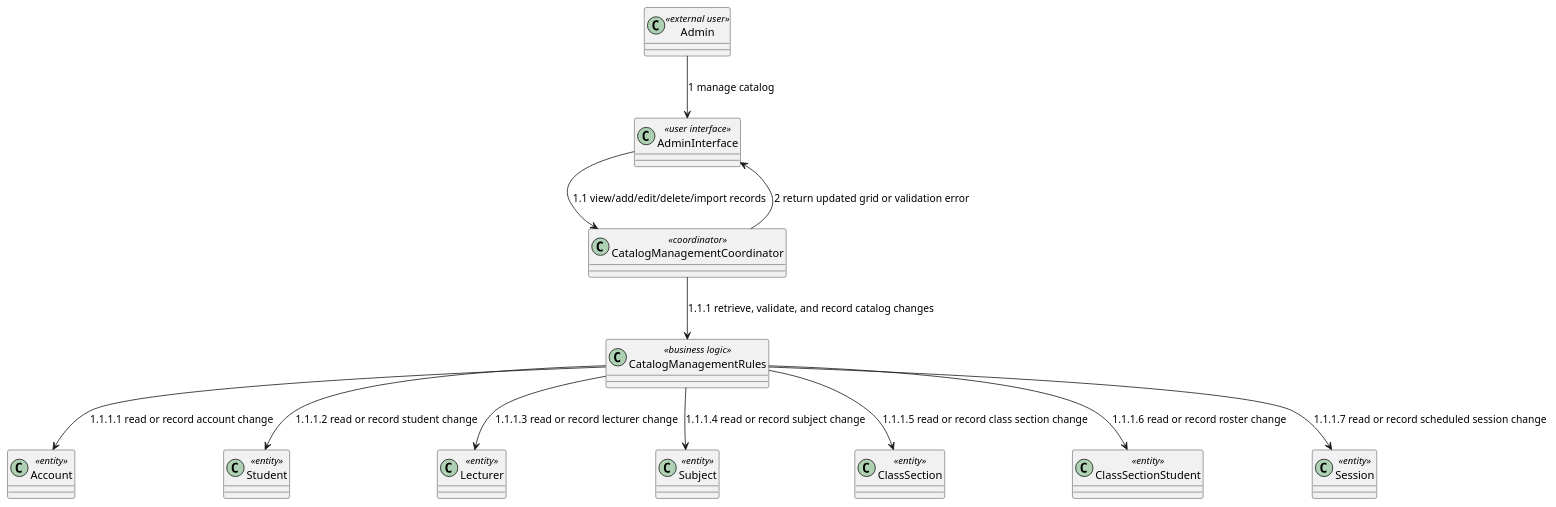
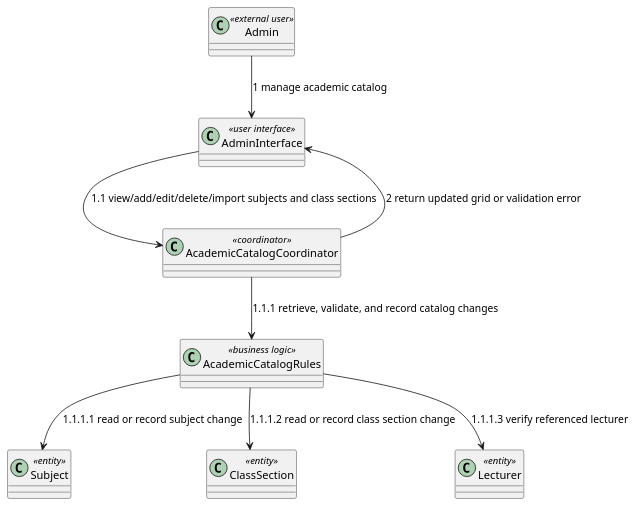
Diagram 28 of 34 in docs/rds/2_Analysis.md (nttung42/SWD392), drawn with PlantUML before and after one commit. The commit also changed other lines of this file and 59 other files, not shown here.

````diff
--- a/docs/rds/2_Analysis.md
+++ b/docs/rds/2_Analysis.md
@@ -1062,27 +1180,19 @@
 ```plantuml
 @startuml
 class "Admin" as Admin <<external user>>
 class "AdminInterface" as AdminUI <<user interface>>
-class "CatalogManagementCoordinator" as CatalogControl <<coordinator>>
-class "CatalogManagementRules" as CatalogRules <<business logic>>
-class "Account" as Account <<entity>>
-class "Student" as Student <<entity>>
-class "Lecturer" as Lecturer <<entity>>
+class "AcademicCatalogCoordinator" as CatalogControl <<coordinator>>
+class "AcademicCatalogRules" as CatalogRules <<business logic>>
 class "Subject" as Subject <<entity>>
 class "ClassSection" as ClassSection <<entity>>
-class "ClassSectionStudent" as ClassSectionStudent <<entity>>
-class "Session" as Session <<entity>>
+class "Lecturer" as Lecturer <<entity>>
 
-Admin --> AdminUI : 1 manage catalog
-AdminUI --> CatalogControl : 1.1 view/add/edit/delete/import records
+Admin --> AdminUI : 1 manage academic catalog
+AdminUI --> CatalogControl : 1.1 view/add/edit/delete/import subjects and class sections
 CatalogControl --> CatalogRules : 1.1.1 retrieve, validate, and record catalog changes
-CatalogRules --> Account : 1.1.1.1 read or record account change
-CatalogRules --> Student : 1.1.1.2 read or record student change
-CatalogRules --> Lecturer : 1.1.1.3 read or record lecturer change
-CatalogRules --> Subject : 1.1.1.4 read or record subject change
-CatalogRules --> ClassSection : 1.1.1.5 read or record class section change
-CatalogRules --> ClassSectionStudent : 1.1.1.6 read or record roster change
-CatalogRules --> Session : 1.1.1.7 read or record scheduled session change
+CatalogRules --> Subject : 1.1.1.1 read or record subject change
+CatalogRules --> ClassSection : 1.1.1.2 read or record class section change
+CatalogRules --> Lecturer : 1.1.1.3 verify referenced lecturer
 CatalogControl --> AdminUI : 2 return updated grid or validation error
 @enduml
 ```
````
